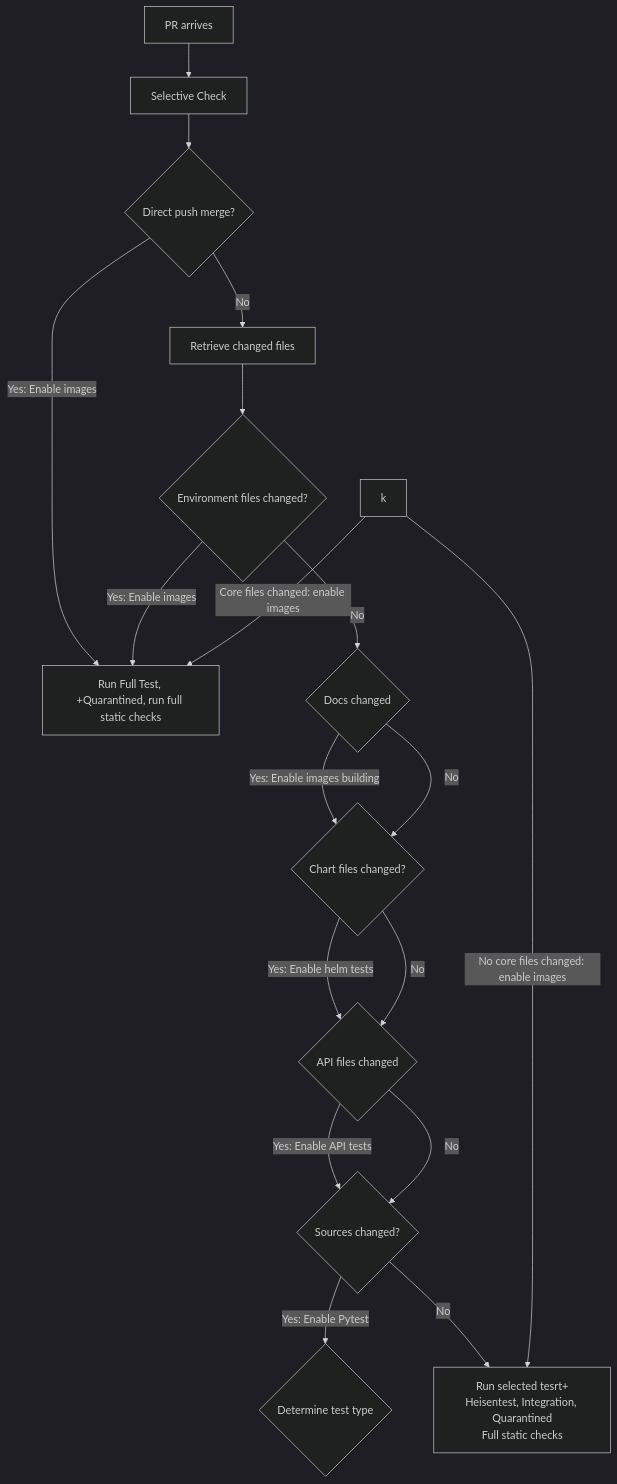
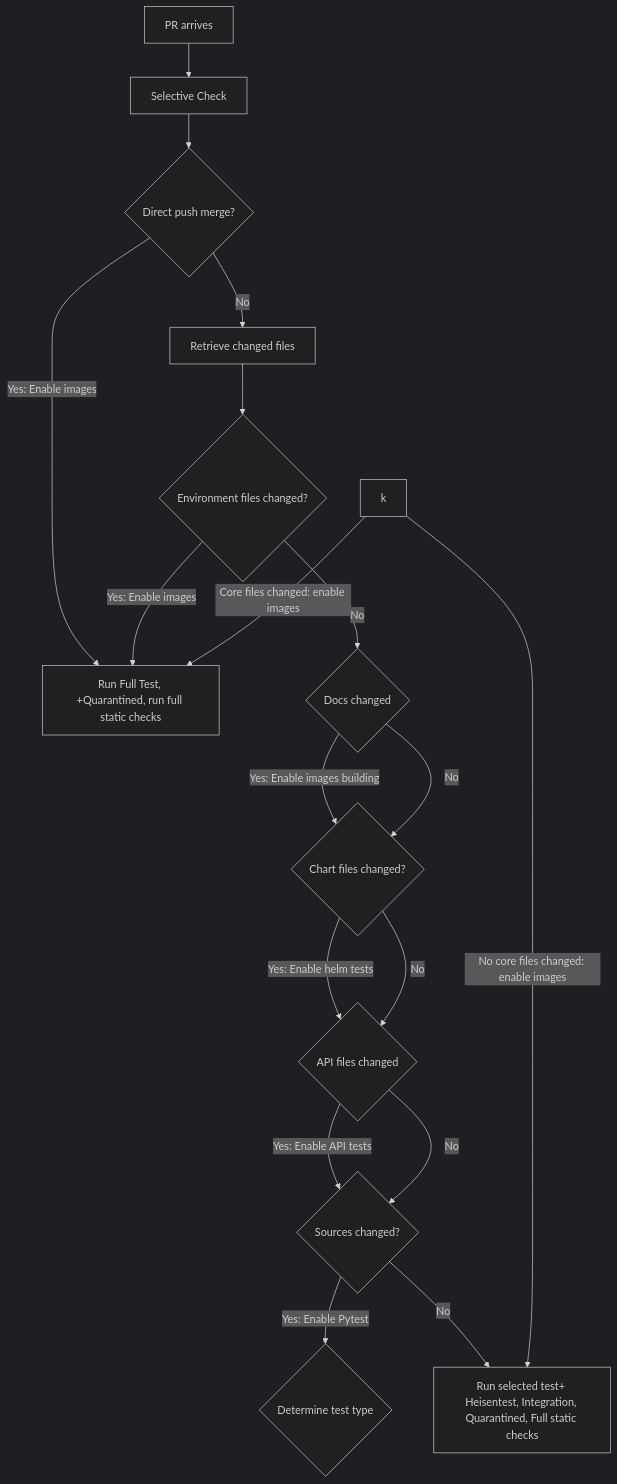
Before and after one commit to edithturn/golang-training: the diagram in README.md, drawn with Mermaid (dark theme).

Commit message:
test mermaid

````diff
--- a/README.md
+++ b/README.md
@@ -7,22 +7,20 @@
 ```mermaid
 flowchart TD
 A[PR arrives]-->B[Selective Check]
 B-->C{Direct push merge?}
 C-->|Yes: Enable images| D[Run Full Test, +Quarantined, run full static checks]
 C-->|No| E[Retrieve changed files]
 E-->F{Environment files changed?}
 F-->|Yes: Enable images| D
 F-->|No| G{Docs changed}
 G-->|Yes: Enable images building| I{Chart files changed?}
 G-->|No| I
 I-->|Yes: Enable helm tests| J{API files changed}
 I-->|No| J
 J-->|Yes: Enable API tests| H{Sources changed?}
 J-->|No| H
 H-->|Yes: Enable Pytest| K{Determine test type}
 H-->|No| L[Skip running test, Run subset of static checks]
 k-->|Core files changed: enable images| D
-k-->|No core files changed: enable images| L[Run selected tesrt+
-Heisentest, Integration, Quarantined
-Full static checks] 
+k-->|No core files changed: enable images| L[Run selected test+ Heisentest, Integration, Quarantined, Full static checks] 
 ```
````
